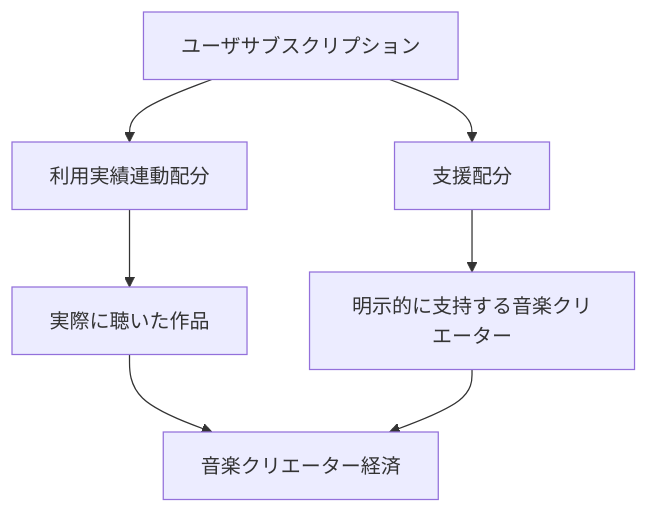
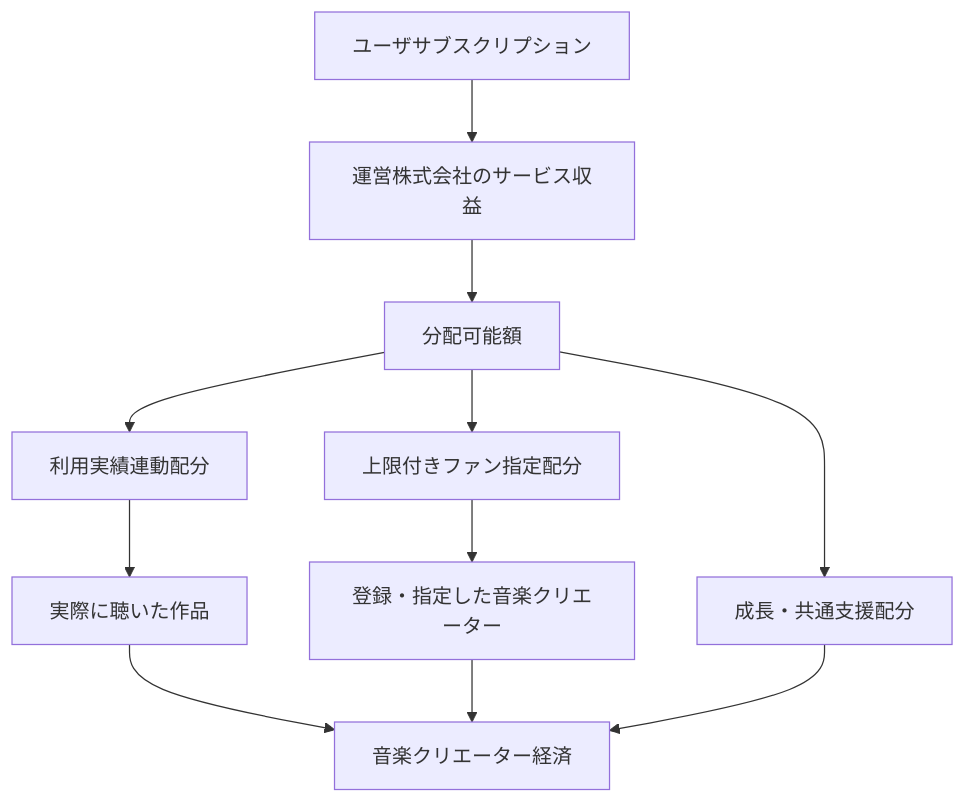
Before and after one commit to ShigeichiroYamasaki/creator-first-platform: diagram 11 of 17 in docs/whitepaper/03-rights-and-money.md, drawn with Mermaid. The commit also changed other lines of this file and 9 other files, not shown here.

````diff
--- a/docs/whitepaper/03-rights-and-money.md
+++ b/docs/whitepaper/03-rights-and-money.md
@@ -295,10 +295,14 @@
 ```mermaid
 flowchart TD
     SUB[ユーザサブスクリプション]
-    SUB --> BASE[利用実績連動配分]
-    SUB --> SUPPORT[支援配分]
+    SUB --> CORP[運営株式会社のサービス収益]
+    CORP --> NET[分配可能額]
+    NET --> BASE[利用実績連動配分]
+    NET --> SUPPORT[上限付きファン指定配分]
+    NET --> COMMON[成長・共通支援配分]
     BASE --> LISTENED[実際に聴いた作品]
-    SUPPORT --> FAVORITE[明示的に支持する音楽クリエーター]
+    SUPPORT --> FAVORITE[登録・指定した音楽クリエーター]
     LISTENED --> ECON[音楽クリエーター経済]
     FAVORITE --> ECON
+    COMMON --> ECON
 ```
````
